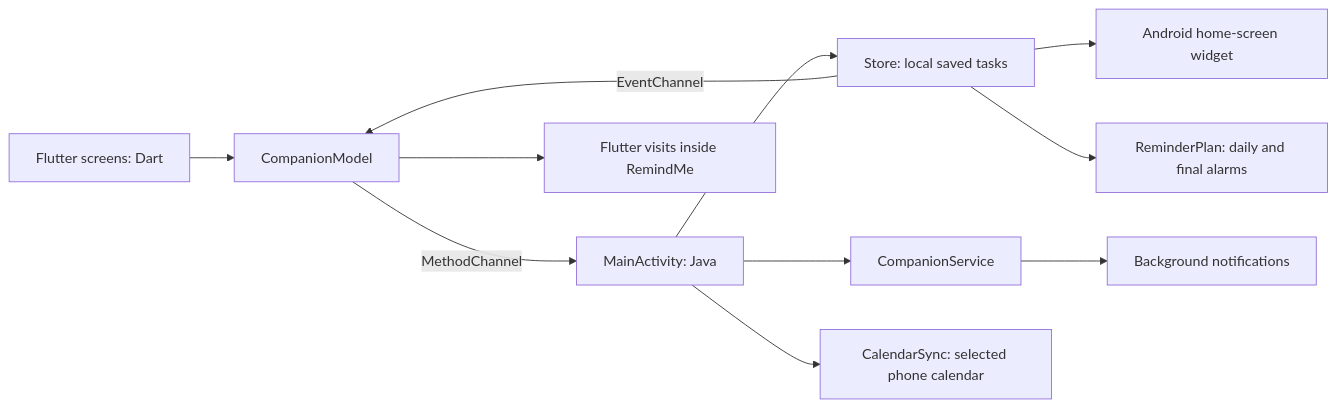
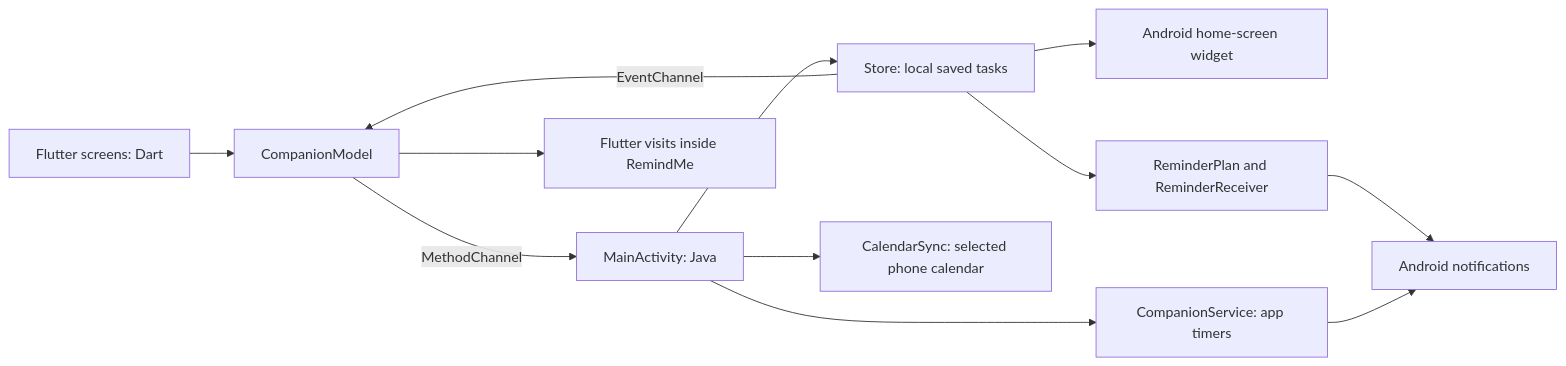
One commit to BaraaZino/remindme-companion changed the diagram in README.md. Above: the diagram before and after it, drawn with Mermaid. The commit also changed other lines of this file, not shown here.

````diff
--- a/README.md
+++ b/README.md
@@ -111,13 +56,14 @@
 ```mermaid
 flowchart LR
   UI["Flutter screens: Dart"] --> Model["CompanionModel"]
   Model -->|MethodChannel| Bridge["MainActivity: Java"]
   Bridge --> Store["Store: local saved tasks"]
   Store --> Widget["Android home-screen widget"]
   Store -->|EventChannel| Model
-  Bridge --> Service["CompanionService"]
-  Service --> Notifications["Background notifications"]
   Bridge --> Calendar["CalendarSync: selected phone calendar"]
-  Store --> Plan["ReminderPlan: daily and final alarms"]
+  Store --> Plan["ReminderPlan and ReminderReceiver"]
+  Plan --> Notifications["Android notifications"]
+  Bridge --> Service["CompanionService: app timers"]
+  Service --> Notifications
   Model --> Visits["Flutter visits inside RemindMe"]
 ```
````
